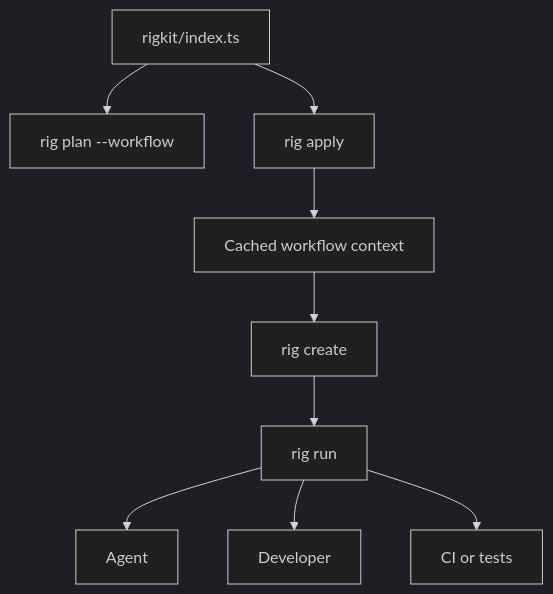
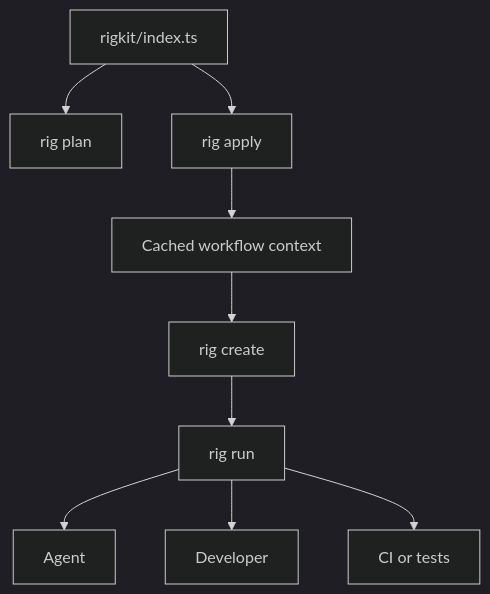
One commit to Ben2W/stoke changed the first of 2 diagrams in apps/docs/canary/concepts/mental-model.mdx. Above: the diagram before and after it, drawn with Mermaid (dark theme). The commit also changed other lines of this file and 24 other files, not shown here.

````diff
--- a/apps/docs/canary/concepts/mental-model.mdx
+++ b/apps/docs/canary/concepts/mental-model.mdx
@@ -12,11 +12,11 @@
 ```mermaid
 flowchart TD
-  Config["rigkit/index.ts"] --> Plan["rig plan --workflow <name>"]
+  Config["rigkit/index.ts"] --> Plan["rig plan"]
   Config --> Apply["rig apply"]
   Apply --> Cache["Cached workflow context"]
   Cache --> Workspace["rig create <workspace>"]
   Workspace --> Run["rig run <workspace> <operation>"]
   Run --> Agent["Agent"]
   Run --> Developer["Developer"]
   Run --> CI["CI or tests"]
 ```
````
